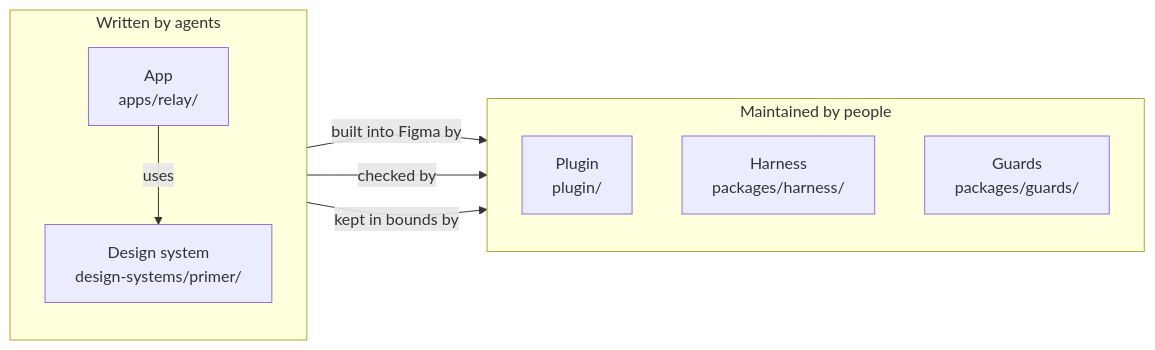
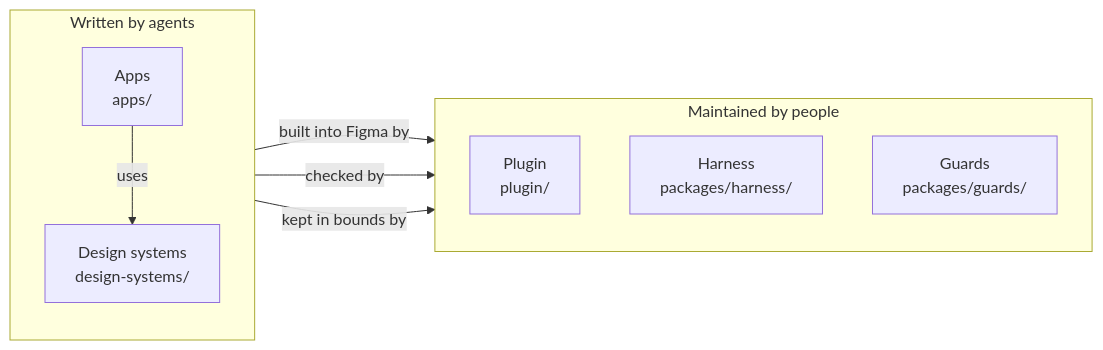
Before and after one commit to zestones/figma-harness: the second of 2 diagrams in README.md, drawn with Mermaid. The commit also changed other lines of this file and 249 other files, not shown here.

````diff
--- a/README.md
+++ b/README.md
@@ -91,18 +103,18 @@
 ```mermaid
 flowchart LR
     subgraph agents["Written by agents"]
         direction TB
-        app["App<br/>apps/relay/"]
-        ds["Design system<br/>design-systems/primer/"]
+        app["Apps<br/>apps/"]
+        ds["Design systems<br/>design-systems/"]
         app -- "uses" --> ds
     end
     subgraph infra["Maintained by people"]
         direction TB
         plugin["Plugin<br/>plugin/"]
         harness["Harness<br/>packages/harness/"]
         guards["Guards<br/>packages/guards/"]
     end
     agents -- "built into Figma by" --> plugin
     agents -- "checked by" --> harness
     agents -- "kept in bounds by" --> guards
 ```
````
